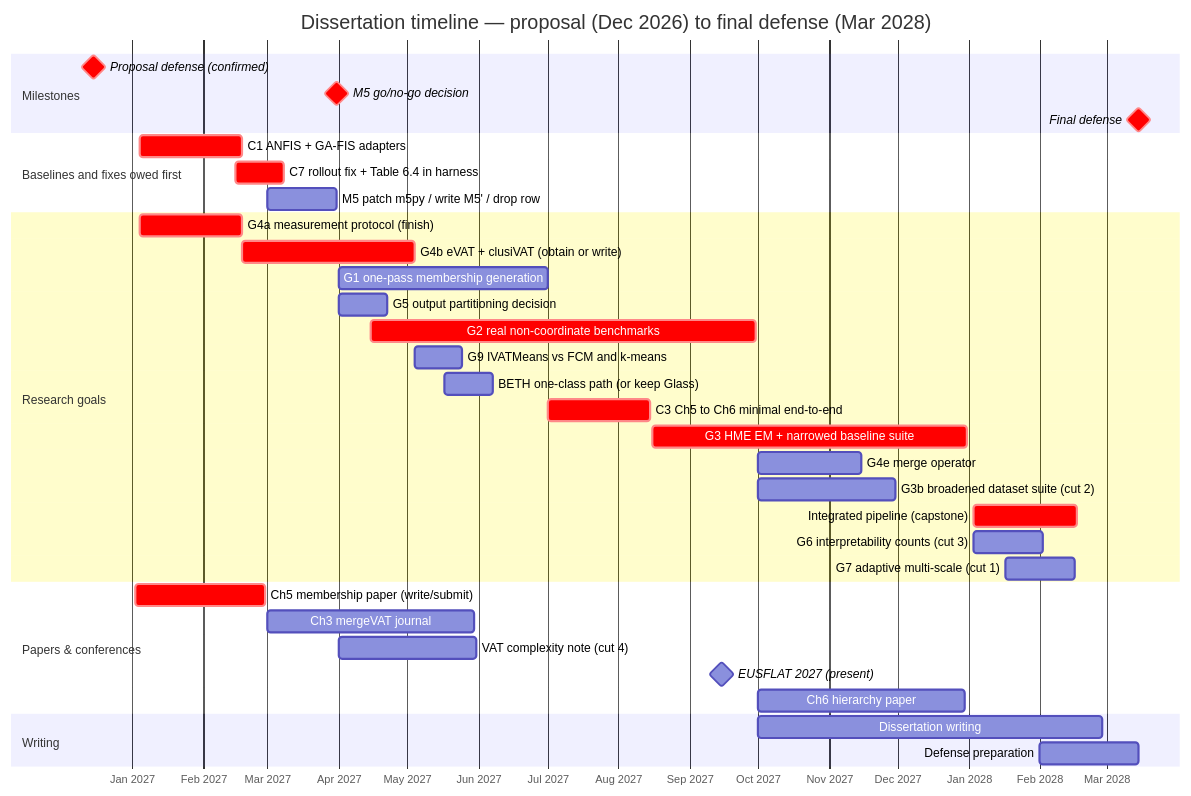
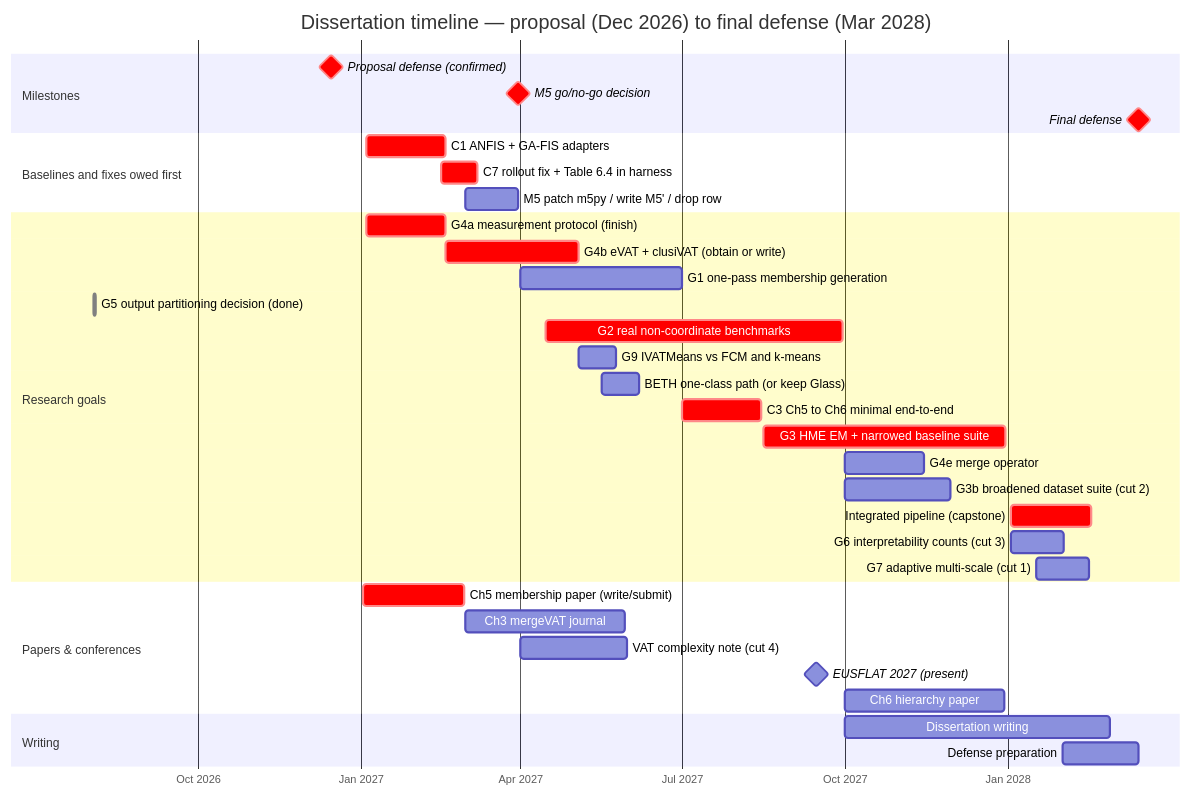
Before and after one commit to fundthmcalculus/grad-school: the diagram in research/proposal-defense/prose/10-timeline.md, drawn with Mermaid. The commit also changed other lines of this file and 9 other files, not shown here.

````diff
--- a/research/proposal-defense/prose/10-timeline.md
+++ b/research/proposal-defense/prose/10-timeline.md
@@ -13,44 +13,44 @@
 ```mermaid
 gantt
     title Dissertation timeline — proposal (Dec 2026) to final defense (Mar 2028)
     dateFormat  YYYY-MM-DD
     axisFormat  %b %Y
     todayMarker off
 
     section Milestones
     Proposal defense (confirmed)              :milestone, crit, 2026-12-15, 0d
     M5 go/no-go decision                      :milestone, crit, m5d, 2027-03-31, 0d
     Final defense                             :milestone, crit, 2028-03-15, 0d
 
     section Baselines and fixes owed first
     C1 ANFIS + GA-FIS adapters                :crit, c1, 2027-01-04, 45d
     C7 rollout fix + Table 6.4 in harness     :crit, c7, 2027-02-15, 21d
     M5 patch m5py / write M5' / drop row      :m5, 2027-03-01, 30d
 
     section Research goals
     G4a measurement protocol (finish)         :crit, g4a, 2027-01-04, 45d
     G4b eVAT + clusiVAT (obtain or write)     :crit, g4b, 2027-02-18, 75d
     G1 one-pass membership generation         :g1, 2027-04-01, 91d
-    G5 output partitioning decision           :g5a, 2027-04-01, 21d
+    G5 output partitioning decision (done)    :done, g5a, 2026-08-03, 1d
     G2 real non-coordinate benchmarks         :crit, g2, 2027-04-15, 168d
     G9 IVATMeans vs FCM and k-means           :g9, 2027-05-04, 21d
     BETH one-class path (or keep Glass)       :beth, 2027-05-17, 21d
     C3 Ch5 to Ch6 minimal end-to-end          :crit, c3, 2027-07-01, 45d
     G3 HME EM + narrowed baseline suite       :crit, g3, 2027-08-16, 137d
     G4e merge operator: composition test      :g4e, 2027-10-01, 45d
     G3b broadened dataset suite (cut 2)       :g3b, 2027-10-01, 60d
     Integrated pipeline (capstone)            :crit, cap, 2028-01-03, 45d
     G6 interpretability counts (cut 3)        :g6, 2028-01-03, 30d
     G7 adaptive multi-scale (cut 1)           :g7, 2028-01-17, 30d
 
     section Papers & conferences
     Ch5 membership paper (write/submit)       :crit, p5, 2027-01-02, 57d
     Ch3 mergeVAT journal                      :p3, 2027-03-01, 90d
     VAT complexity note (cut 4)               :pk, 2027-04-01, 60d
     EUSFLAT 2027 (present)                    :milestone, e27, 2027-09-15, 0d
     Ch6 hierarchy paper                       :p6, 2027-10-01, 90d
 
     section Writing
     Dissertation writing                      :w, 2027-10-01, 150d
     Defense preparation                       :wp, 2028-02-01, 43d
 ```
````
